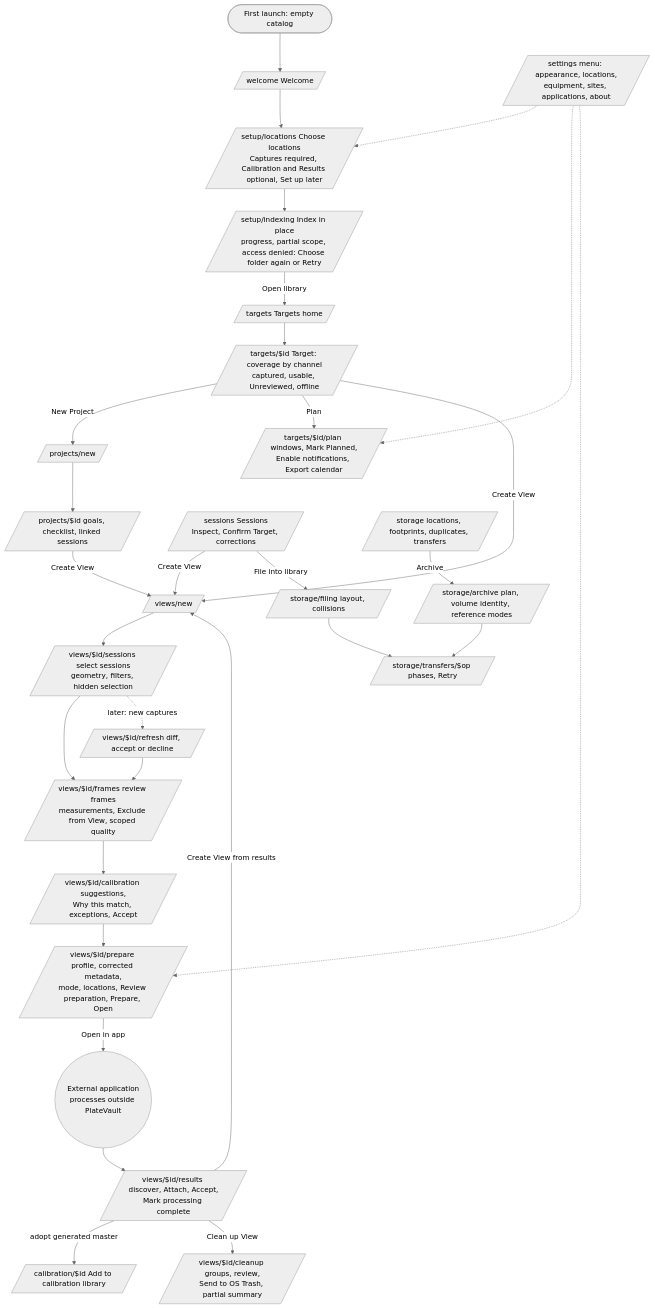
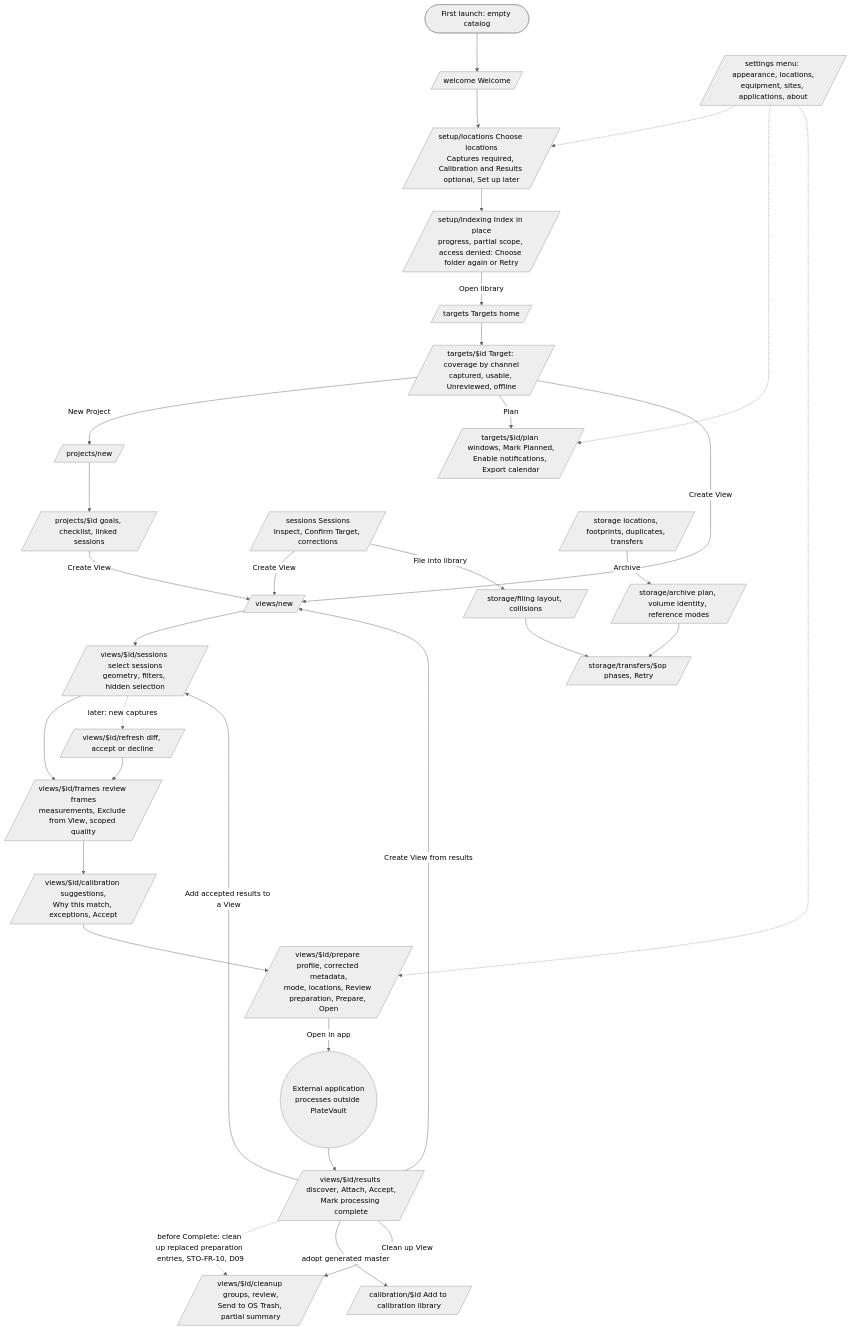
Before and after one commit to platevault/platevault: the second of 2 diagrams in apps/prototype/design/HIGH-LEVEL-DESIGN.md, drawn with Mermaid (neutral theme). The commit also changed other lines of this file and 15 other files, not shown here.

````diff
--- a/apps/prototype/design/HIGH-LEVEL-DESIGN.md
+++ b/apps/prototype/design/HIGH-LEVEL-DESIGN.md
@@ -122,31 +141,33 @@
 ```mermaid
 flowchart TD
   A0([First launch: empty catalog]) --> W[/welcome Welcome/]
   W --> L[/setup/locations Choose locations\nCaptures required, Calibration and Results optional, Set up later/]
   L --> I[/setup/indexing Index in place\nprogress, partial scope, access denied: Choose folder again or Retry/]
   I -->|Open library| T[/targets Targets home/]
   T --> TD[/targets/$id Target: coverage by channel\ncaptured, usable, Unreviewed, offline/]
   TD -->|New Project| PN[/projects/new/] --> PD[/projects/$id goals, checklist, linked sessions/]
   TD -->|Plan| PL[/targets/$id/plan windows, Mark Planned,\nEnable notifications, Export calendar/]
   S[/sessions Sessions\nInspect, Confirm Target, corrections/] -->|Create View| VN
   TD -->|Create View| VN[/views/new/]
   PD -->|Create View| VN
   VN --> VS[/views/$id/sessions select sessions\ngeometry, filters, hidden selection/]
   VS --> VF[/views/$id/frames review frames\nmeasurements, Exclude from View, scoped quality/]
   VF --> VC[/views/$id/calibration suggestions,\nWhy this match, exceptions, Accept/]
   VC --> VP[/views/$id/prepare profile, corrected metadata,\nmode, locations, Review preparation, Prepare, Open/]
   VP -->|Open in app| EXT((External application\nprocesses outside PlateVault))
   EXT --> VR[/views/$id/results discover, Attach, Accept,\nMark processing complete/]
   VR -->|Create View from results| VN
+  VR -->|Add accepted results to a View| VS
+  VR -.->|before Complete: clean up replaced preparation entries, STO-FR-10, D09| VCL
   VR -->|adopt generated master| CAL[/calibration/$id Add to calibration library/]
   VR -->|Clean up View| VCL[/views/$id/cleanup groups, review,\nSend to OS Trash, partial summary/]
   VS -.->|later: new captures| VRF[/views/$id/refresh diff, accept or decline/]
   VRF --> VF
   ST[/storage locations, footprints, duplicates, transfers/] -->|Archive| AR[/storage/archive plan, volume identity, reference modes/]
   S -->|File into library| FI[/storage/filing layout, collisions/]
   AR --> TR[/storage/transfers/$op phases, Retry/]
   FI --> TR
   SET[/settings menu: appearance, locations,\nequipment, sites, applications, about/] -.-> L
   SET -.-> PL
   SET -.-> VP
 ```
````
